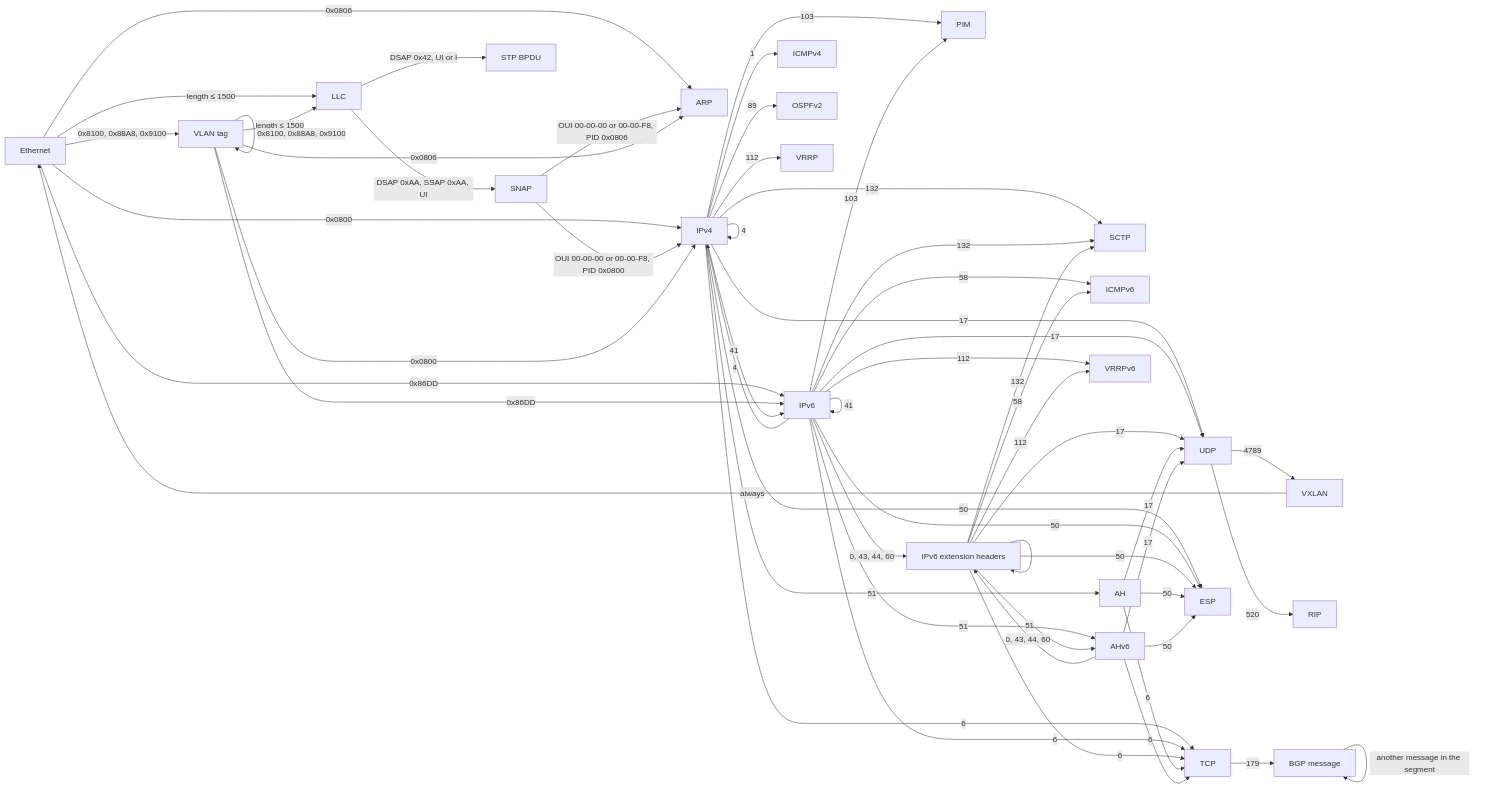
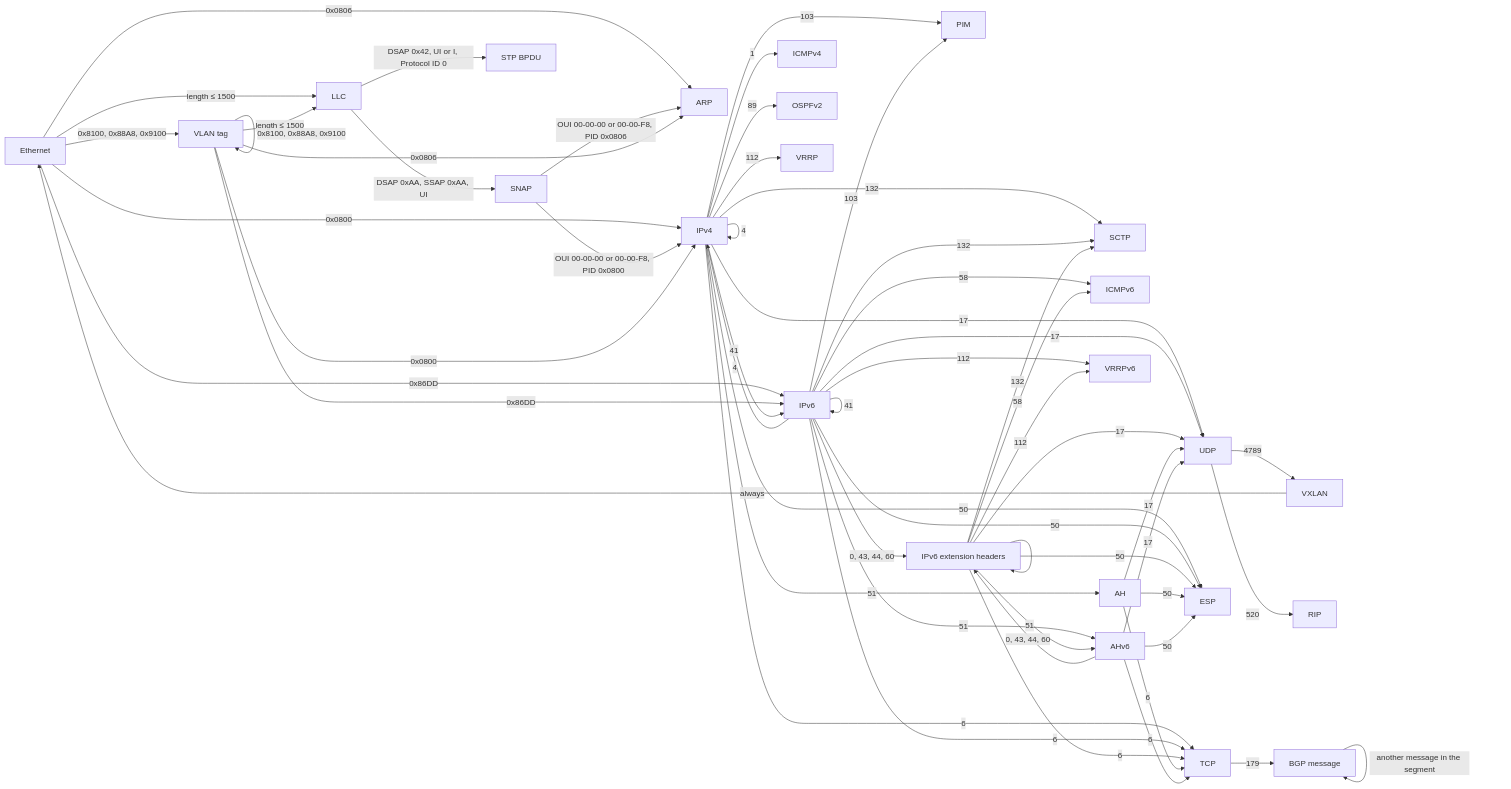
The diagram in ARCHITECTURE.md (EONRaider/NETProtocols), drawn with Mermaid before and after one commit. The commit also changed other lines of this file and 6 other files, not shown here.

````diff
--- a/ARCHITECTURE.md
+++ b/ARCHITECTURE.md
@@ -340,59 +349,59 @@
 ```mermaid
 flowchart LR
   E[Ethernet] -->|0x0806| A[ARP]
   E -->|0x0800| I4[IPv4]
   E -->|0x86DD| I6[IPv6]
   E -->|0x8100, 0x88A8, 0x9100| V[VLAN tag]
   E -->|length ≤ 1500| L[LLC]
   V -->|length ≤ 1500| L
   L -->|DSAP 0xAA, SSAP 0xAA, UI| SN[SNAP]
-  L -->|DSAP 0x42, UI or I| STP[STP BPDU]
+  L -->|DSAP 0x42, UI or I, Protocol ID 0| STP[STP BPDU]
   SN -->|OUI 00-00-00 or 00-00-F8, PID 0x0806| A
   SN -->|OUI 00-00-00 or 00-00-F8, PID 0x0800| I4
   V -->|0x8100, 0x88A8, 0x9100| V
   V -->|0x0806| A
   V -->|0x0800| I4
   V -->|0x86DD| I6
   I4 -->|1| IC4[ICMPv4]
   I4 -->|6| T[TCP]
   I4 -->|17| U[UDP]
   I4 -->|132| S[SCTP]
   I4 -->|103| P[PIM]
   I6 -->|58| IC6[ICMPv6]
   I6 -->|6| T
   I6 -->|17| U
   I6 -->|132| S
   I6 -->|103| P
   I4 -->|4| I4
   I4 -->|41| I6
   I6 -->|4| I4
   I6 -->|41| I6
   I4 -->|50| ESP[ESP]
   I6 -->|50| ESP
   I6 -->|0, 43, 44, 60| X[IPv6 extension headers]
   X --> X
   X -->|58| IC6
   X -->|6| T
   X -->|17| U
   X -->|132| S
   X -->|50| ESP
   I4 -->|51| AH[AH]
   AH -->|6| T
   AH -->|17| U
   AH -->|50| ESP
   I6 -->|51| AH6[AHv6]
   X -->|51| AH6
   AH6 -->|0, 43, 44, 60| X
   AH6 -->|6| T
   AH6 -->|17| U
   AH6 -->|50| ESP
   I4 -->|89| OSPF[OSPFv2]
   I4 -->|112| VR[VRRP]
   I6 -->|112| VR6[VRRPv6]
   X -->|112| VR6
   U -->|4789| VX[VXLAN]
   VX -->|always| E
   U -->|520| R[RIP]
   T -->|179| BGP[BGP message]
   BGP -->|another message in the segment| BGP
 ```
````
